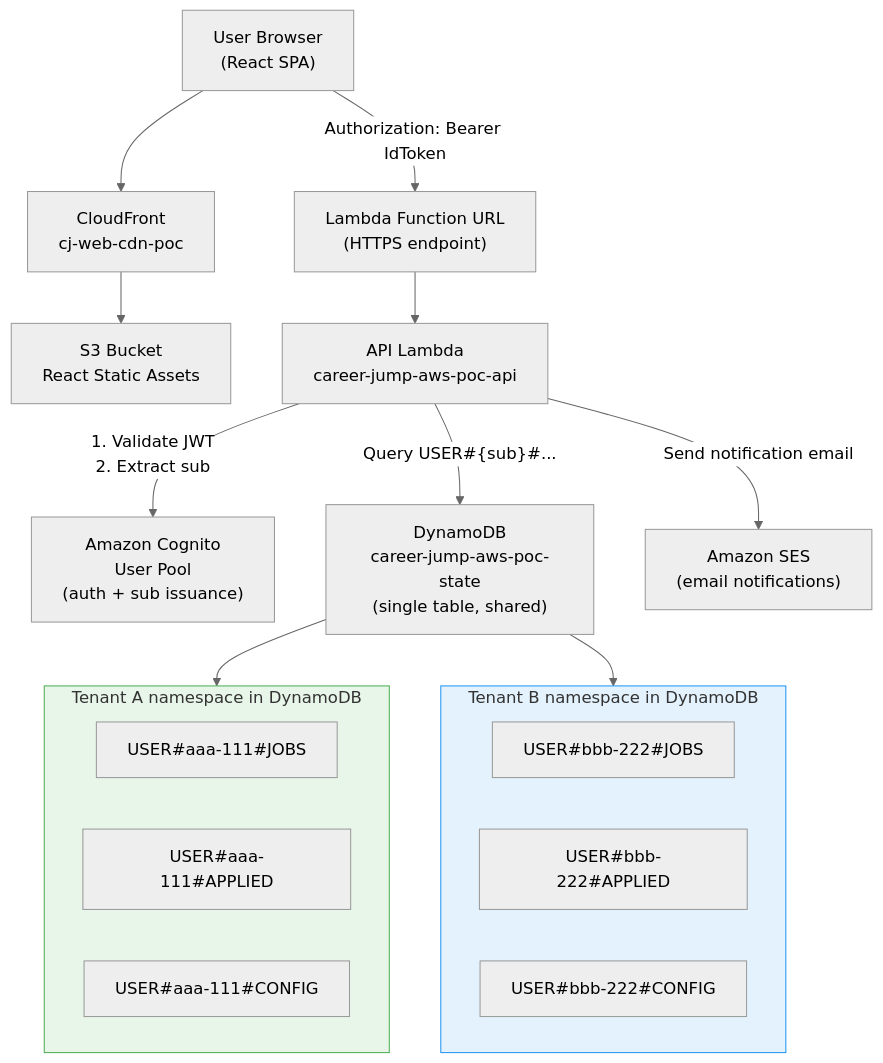
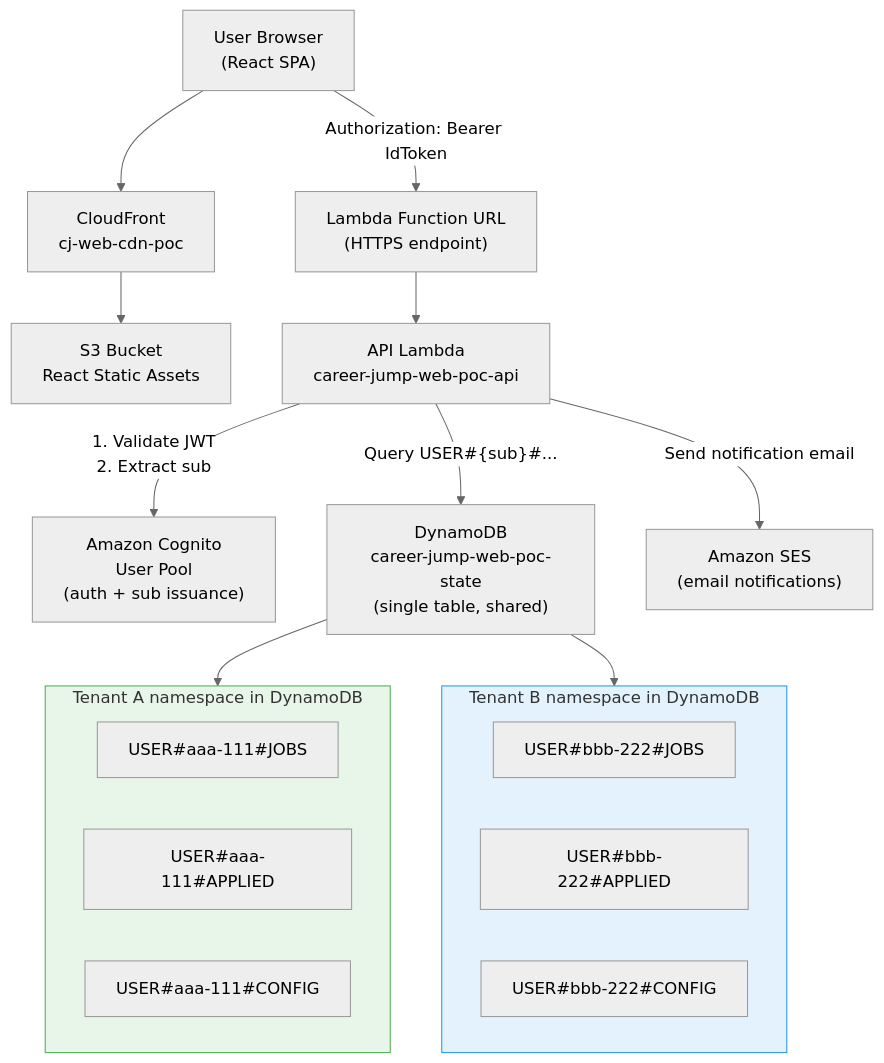
The first of 3 diagrams in docs/architecture/multi-tenancy.md (dipak-bhujbal/career-jump-web), drawn with Mermaid (neutral theme) before and after one commit. The commit also changed other lines of this file and 27 other files, not shown here.

````diff
--- a/docs/architecture/multi-tenancy.md
+++ b/docs/architecture/multi-tenancy.md
@@ -54,37 +54,37 @@
 ```mermaid
 flowchart TD
     Browser["User Browser\n(React SPA)"]
     CF["CloudFront\ncj-web-cdn-poc"]
     S3["S3 Bucket\nReact Static Assets"]
     LambdaURL["Lambda Function URL\n(HTTPS endpoint)"]
-    API["API Lambda\ncareer-jump-aws-poc-api"]
+    API["API Lambda\ncareer-jump-web-poc-api"]
     Cognito["Amazon Cognito\nUser Pool\n(auth + sub issuance)"]
-    DDB["DynamoDB\ncareer-jump-aws-poc-state\n(single table, shared)"]
+    DDB["DynamoDB\ncareer-jump-web-poc-state\n(single table, shared)"]
     SES["Amazon SES\n(email notifications)"]
 
     Browser --> CF
     CF --> S3
     Browser -->|"Authorization: Bearer IdToken"| LambdaURL
     LambdaURL --> API
     API -->|"1. Validate JWT\n2. Extract sub"| Cognito
     API -->|"Query USER#{sub}#..."| DDB
     API -->|"Send notification email"| SES
 
     subgraph TenantA["Tenant A namespace in DynamoDB"]
         A1["USER#aaa-111#JOBS"]
         A2["USER#aaa-111#APPLIED"]
         A3["USER#aaa-111#CONFIG"]
     end
 
     subgraph TenantB["Tenant B namespace in DynamoDB"]
         B1["USER#bbb-222#JOBS"]
         B2["USER#bbb-222#APPLIED"]
         B3["USER#bbb-222#CONFIG"]
     end
 
     DDB --> TenantA
     DDB --> TenantB
 
     style TenantA fill:#e8f5e9,stroke:#4caf50
     style TenantB fill:#e3f2fd,stroke:#2196f3
 ```
````
